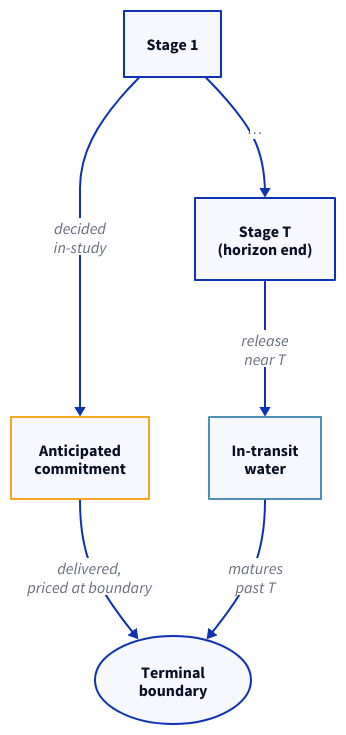
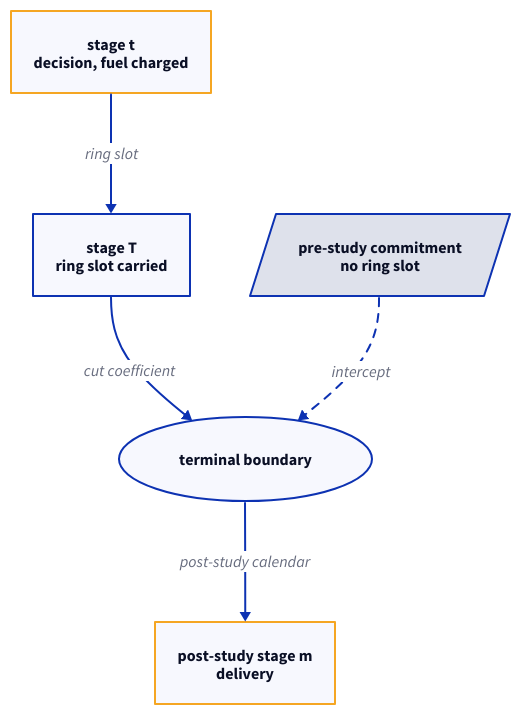
The first of 3 diagrams in src/cobre_mcp/_bundled/docs/math/post-study-boundary.md (ons-ccee-epe/novomodelo-mcp), drawn with D2 before and after one commit. The commit also changed other lines of this file and 123 other files, not shown here.

````diff
--- a/src/cobre_mcp/_bundled/docs/math/post-study-boundary.md
+++ b/src/cobre_mcp/_bundled/docs/math/post-study-boundary.md
@@ -62,21 +70,18 @@
 ```d2
 direction: down
 
 classes: {
   thermal: {style: {stroke: "#f5a623"}}
-  hydro: {style: {stroke: "#4a90b8"}}
 }
 
-s1: "Stage 1"
-sT: "Stage T\n(horizon end)"
-boundary: "Terminal\nboundary" {shape: oval}
+decide: "stage t\ndecision, fuel charged" {class: thermal}
+carry: "stage T\nring slot carried"
+prestudy: "pre-study commitment\nno ring slot" {shape: parallelogram}
+boundary: "terminal boundary" {shape: oval}
+deliver: "post-study stage m\ndelivery" {class: thermal}
 
-commit: "Anticipated\ncommitment" {class: thermal}
-transit: "In-transit\nwater" {class: hydro}
-
-s1 -> sT: "…"
-s1 -> commit: "decided\nin-study"
-sT -> transit: "release\nnear T"
-commit -> boundary: "delivered,\npriced at boundary"
-transit -> boundary: "matures\npast T"
+decide -> carry: "ring slot"
+carry -> boundary: "cut coefficient"
+prestudy -> boundary: "intercept" {style.stroke-dash: 4}
+boundary -> deliver: "post-study calendar"
 ```
````
